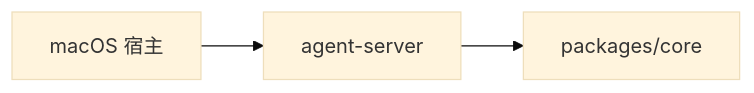
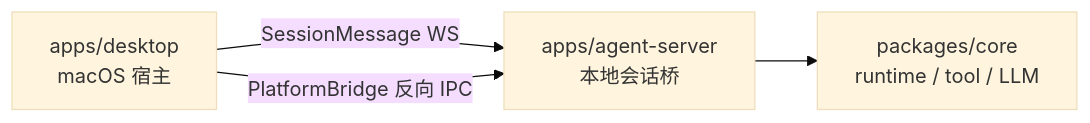
Before and after one commit to Lixuhang987/SpotAgent: the diagram in apps/apps.md, drawn with Mermaid (base theme). The commit also changed other lines of this file and 25 other files, not shown here.

````diff
--- a/apps/apps.md
+++ b/apps/apps.md
@@ -13,5 +14,6 @@
 ```mermaid
 flowchart LR
-  A[macOS 宿主] --> B[agent-server]
-  B --> C[packages/core]
+  A[apps/desktop<br/>macOS 宿主] -->|SessionMessage WS| B[apps/agent-server<br/>本地会话桥]
+  B --> C[packages/core<br/>runtime / tool / LLM]
+  A -->|PlatformBridge 反向 IPC| B
 ```
````
